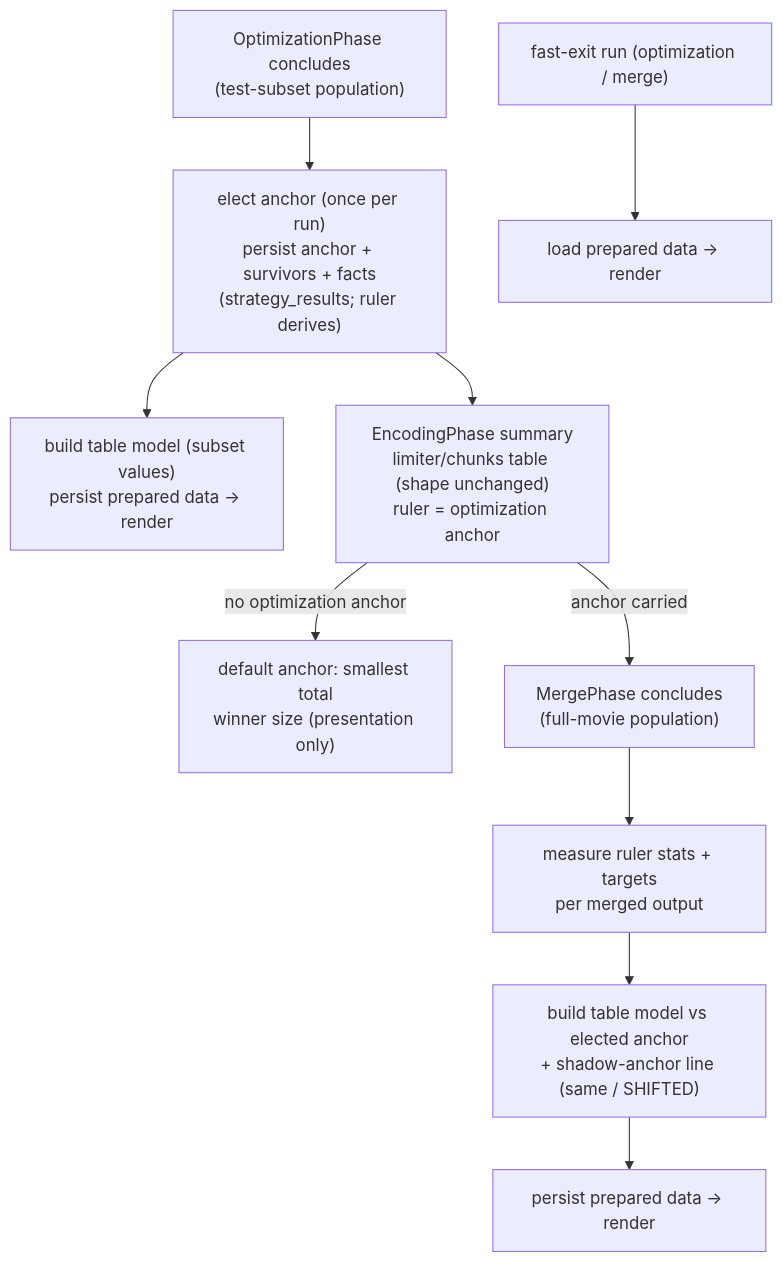
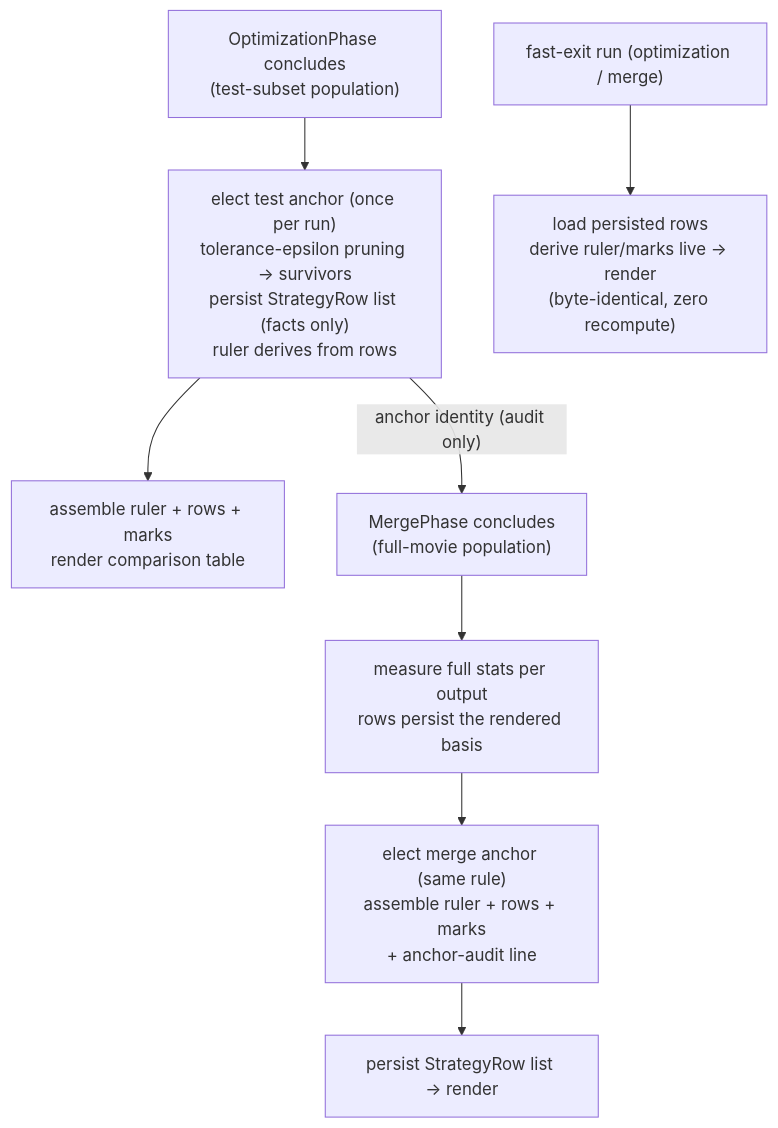
The diagram in .kiro/specs/2026-10-03 unified-quality-summaries/design.md (CHerSun/pyqenc), drawn with Mermaid before and after one commit. The commit also changed other lines of this file and 2 other files, not shown here.

Commit message:
docs(specs): unified-quality-summaries 2026-10-12 convergence amendment + approved tasks - one StrategyRow + one renderer, deltas everywhere, sub-column pipes, two-anchor lifecycle, tolerance-epsilon dominance (97), format_table (119), 123 skip-rule fold, 109 closure

````diff
--- a/.kiro/specs/2026-10-03 unified-quality-summaries/design.md
+++ b/.kiro/specs/2026-10-03 unified-quality-summaries/design.md
@@ -33,12 +49,10 @@
 ```mermaid
 flowchart TD
-    OPT["OptimizationPhase concludes<br/>(test-subset population)"] --> ELECT["elect anchor (once per run)<br/>persist anchor + survivors + facts<br/>(strategy_results; ruler derives)"]
-    ELECT --> OT["build table model (subset values)<br/>persist prepared data → render"]
-    ELECT --> ENC["EncodingPhase summary<br/>limiter/chunks table (shape unchanged)<br/>ruler = optimization anchor"]
-    ENC -->|"no optimization anchor"| DEF["default anchor: smallest total<br/>winner size (presentation only)"]
-    ENC -->|anchor carried| MER
-    MER["MergePhase concludes<br/>(full-movie population)"] --> MEAS["measure ruler stats + targets<br/>per merged output"]
-    MEAS --> MT["build table model vs elected anchor<br/>+ shadow-anchor line (same / SHIFTED)"]
-    MT --> PERSIST["persist prepared data → render"]
-    FAST["fast-exit run (optimization / merge)"] --> LOAD["load prepared data → render"]
+    OPT["OptimizationPhase concludes<br/>(test-subset population)"] --> ELECT["elect test anchor (once per run)<br/>tolerance-epsilon pruning → survivors<br/>persist StrategyRow list (facts only)<br/>ruler derives from rows"]
+    ELECT --> OT["assemble ruler + rows + marks<br/>render comparison table"]
+    ELECT -->|"anchor identity (audit only)"| MER
+    MER["MergePhase concludes<br/>(full-movie population)"] --> MEAS["measure full stats per output<br/>rows persist the rendered basis"]
+    MEAS --> MT["elect merge anchor (same rule)<br/>assemble ruler + rows + marks<br/>+ anchor-audit line"]
+    MT --> PERSIST["persist StrategyRow list → render"]
+    FAST["fast-exit run (optimization / merge)"] --> LOAD["load persisted rows<br/>derive ruler/marks live → render<br/>(byte-identical, zero recompute)"]
 ```
````
